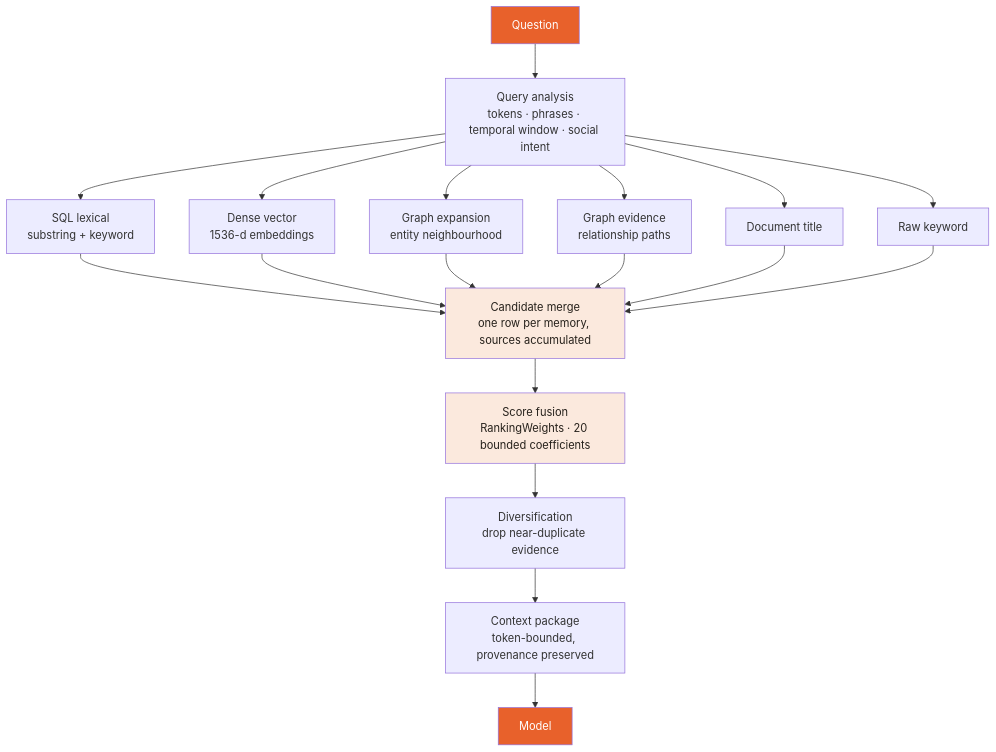
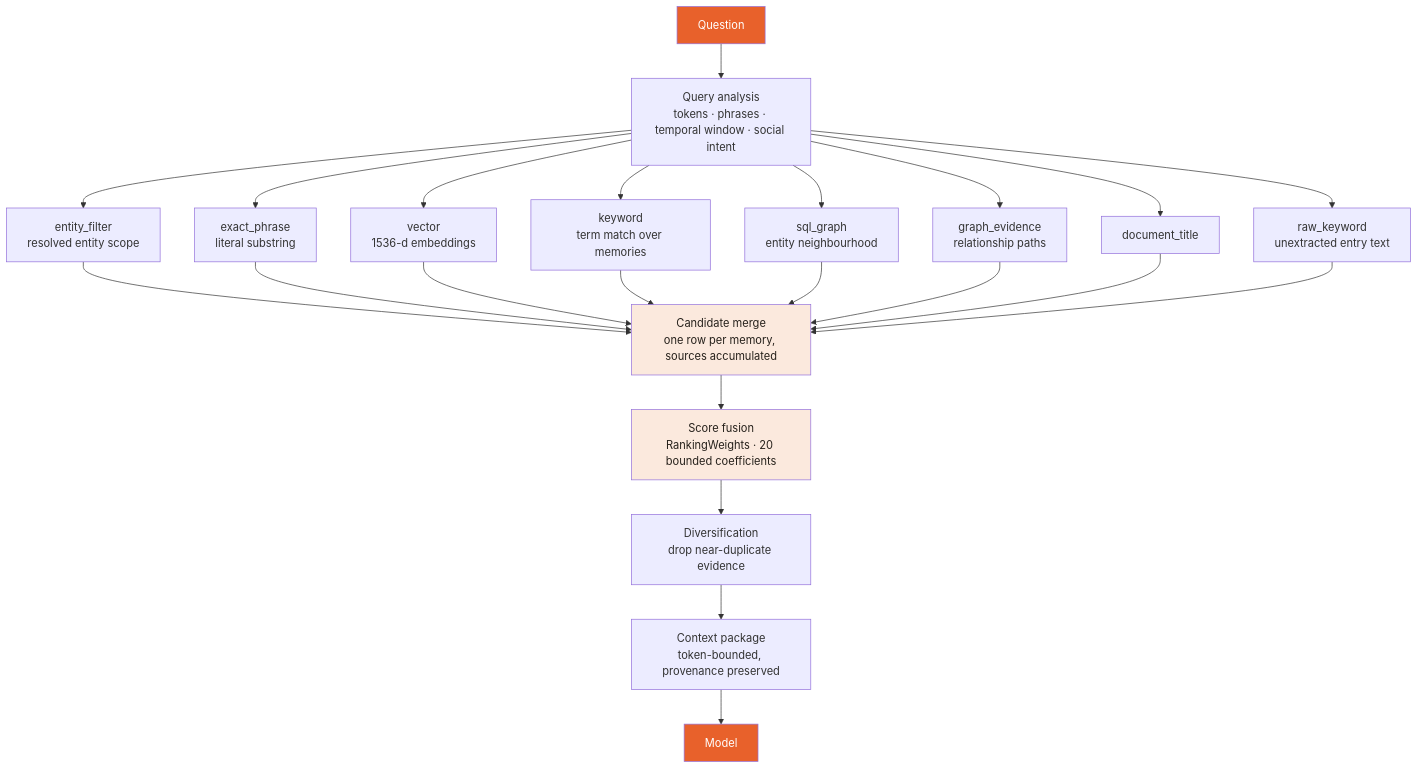
The first of 3 diagrams in docs/architecture/RETRIEVAL_ARCHITECTURE.md (seramasamy/thoughtpins), drawn with Mermaid before and after one commit. The commit also changed other lines of this file and 25 other files, not shown here.

````diff
--- a/docs/architecture/RETRIEVAL_ARCHITECTURE.md
+++ b/docs/architecture/RETRIEVAL_ARCHITECTURE.md
@@ -15,28 +15,32 @@
 ```mermaid
 flowchart TB
     Q["Question"] --> A["Query analysis<br/>tokens · phrases · temporal window · social intent"]
 
-    A --> C1["SQL lexical<br/>substring + keyword"]
-    A --> C2["Dense vector<br/>1536-d embeddings"]
-    A --> C3["Graph expansion<br/>entity neighbourhood"]
-    A --> C4["Graph evidence<br/>relationship paths"]
-    A --> C5["Document title"]
-    A --> C6["Raw keyword"]
+    A --> C1["entity_filter<br/>resolved entity scope"]
+    A --> C2["exact_phrase<br/>literal substring"]
+    A --> C3["vector<br/>1536-d embeddings"]
+    A --> C4["keyword<br/>term match over memories"]
+    A --> C5["sql_graph<br/>entity neighbourhood"]
+    A --> C6["graph_evidence<br/>relationship paths"]
+    A --> C7["document_title"]
+    A --> C8["raw_keyword<br/>unextracted entry text"]
 
     C1 --> M["Candidate merge<br/>one row per memory, sources accumulated"]
     C2 --> M
     C3 --> M
     C4 --> M
     C5 --> M
     C6 --> M
+    C7 --> M
+    C8 --> M
 
     M --> R["Score fusion<br/>RankingWeights · 20 bounded coefficients"]
     R --> D["Diversification<br/>drop near-duplicate evidence"]
     D --> P["Context package<br/>token-bounded, provenance preserved"]
     P --> L["Model"]
 
     style Q fill:#e8612b,color:#fff
     style L fill:#e8612b,color:#fff
     style R fill:#fbe9dd,color:#26211b
     style M fill:#fbe9dd,color:#26211b
 ```
````
